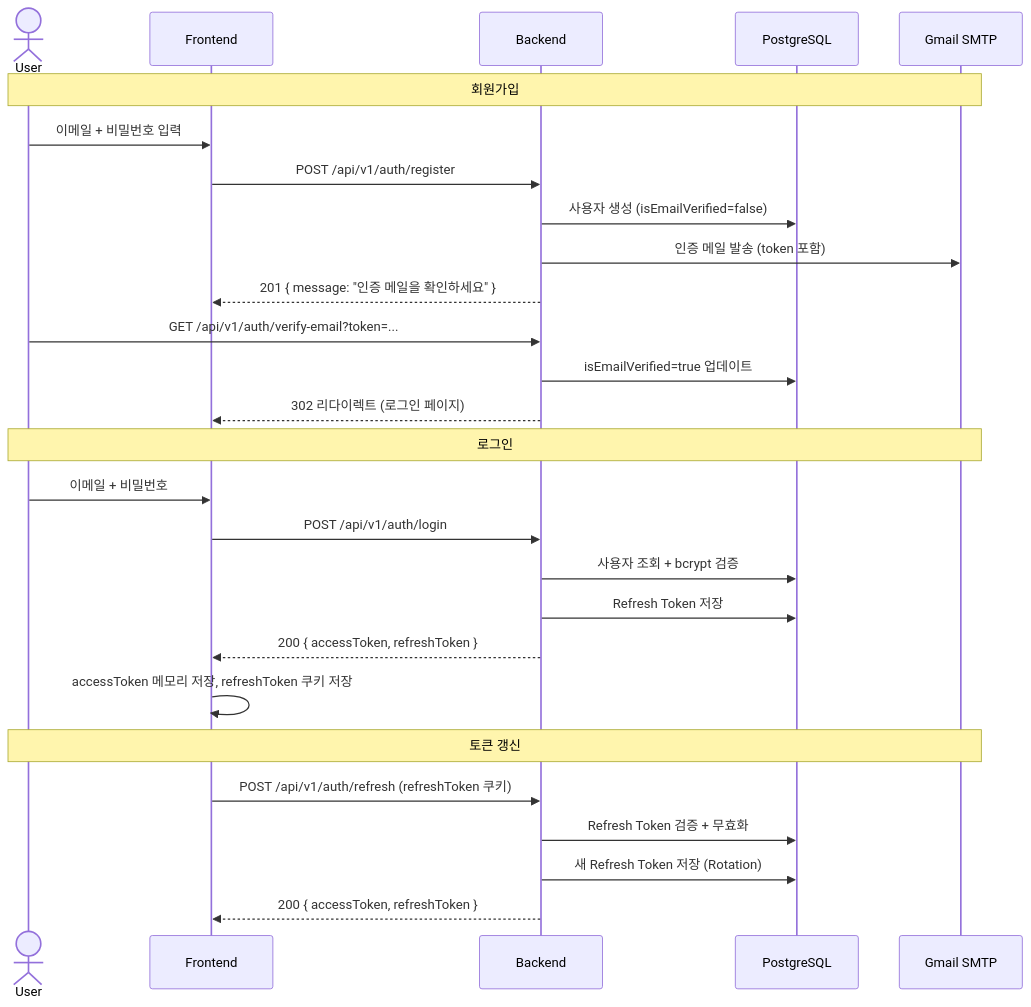
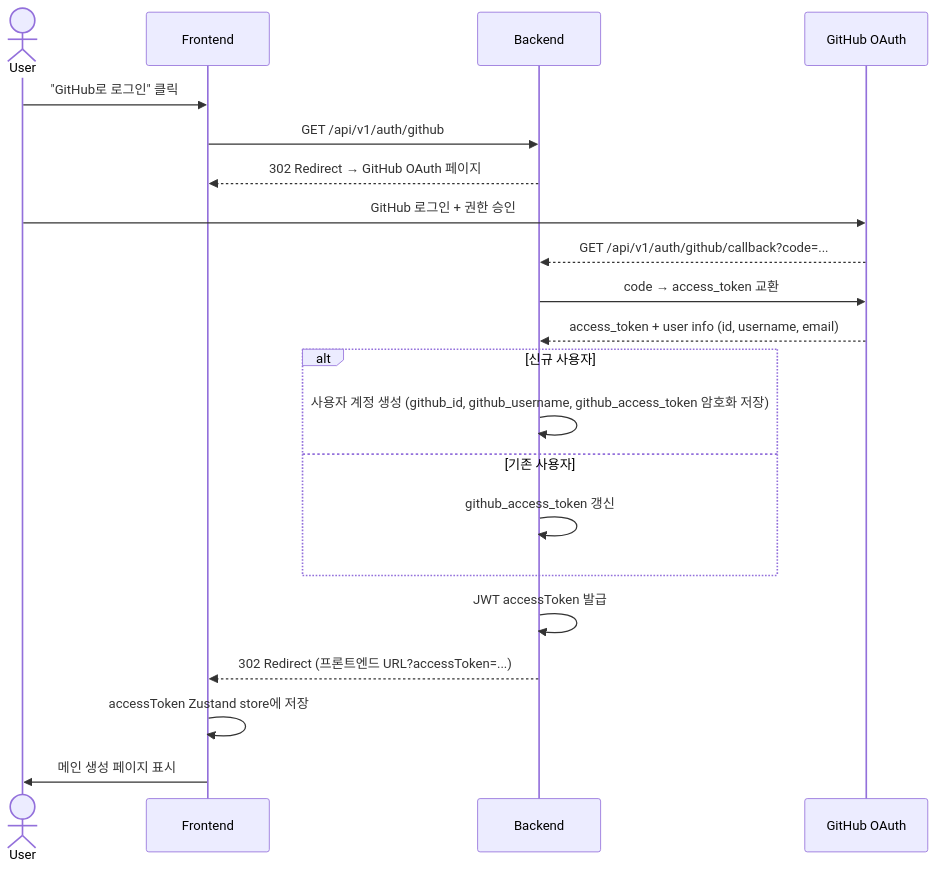
One commit to Gomdadi/mvp-builder changed the third of 4 diagrams in docs/system-architecture.md. Above: the diagram before and after it, drawn with Mermaid. The commit also changed other lines of this file and 12 other files, not shown here.

````diff
--- a/docs/system-architecture.md
+++ b/docs/system-architecture.md
@@ -168,33 +180,27 @@
 ```mermaid
 sequenceDiagram
     actor User
     participant FE as Frontend
     participant BE as Backend
-    participant DB as PostgreSQL
-    participant Mail as Gmail SMTP
+    participant GH as GitHub OAuth
 
-    Note over User,Mail: 회원가입
-    User->>FE: 이메일 + 비밀번호 입력
-    FE->>BE: POST /api/v1/auth/register
-    BE->>DB: 사용자 생성 (isEmailVerified=false)
-    BE->>Mail: 인증 메일 발송 (token 포함)
-    BE-->>FE: 201 { message: "인증 메일을 확인하세요" }
+    User->>FE: "GitHub로 로그인" 클릭
+    FE->>BE: GET /api/v1/auth/github
+    BE-->>FE: 302 Redirect → GitHub OAuth 페이지
 
-    User->>BE: GET /api/v1/auth/verify-email?token=...
-    BE->>DB: isEmailVerified=true 업데이트
-    BE-->>FE: 302 리다이렉트 (로그인 페이지)
+    User->>GH: GitHub 로그인 + 권한 승인
+    GH-->>BE: GET /api/v1/auth/github/callback?code=...
+    BE->>GH: code → access_token 교환
+    GH-->>BE: access_token + user info (id, username, email)
 
-    Note over User,Mail: 로그인
-    User->>FE: 이메일 + 비밀번호
-    FE->>BE: POST /api/v1/auth/login
-    BE->>DB: 사용자 조회 + bcrypt 검증
-    BE->>DB: Refresh Token 저장
-    BE-->>FE: 200 { accessToken, refreshToken }
-    FE->>FE: accessToken 메모리 저장, refreshToken 쿠키 저장
+    alt 신규 사용자
+        BE->>BE: 사용자 계정 생성 (github_id, github_username, github_access_token 암호화 저장)
+    else 기존 사용자
+        BE->>BE: github_access_token 갱신
+    end
 
-    Note over User,Mail: 토큰 갱신
-    FE->>BE: POST /api/v1/auth/refresh (refreshToken 쿠키)
-    BE->>DB: Refresh Token 검증 + 무효화
-    BE->>DB: 새 Refresh Token 저장 (Rotation)
-    BE-->>FE: 200 { accessToken, refreshToken }
+    BE->>BE: JWT accessToken 발급
+    BE-->>FE: 302 Redirect (프론트엔드 URL?accessToken=...)
+    FE->>FE: accessToken Zustand store에 저장
+    FE->>User: 메인 생성 페이지 표시
 ```
````
